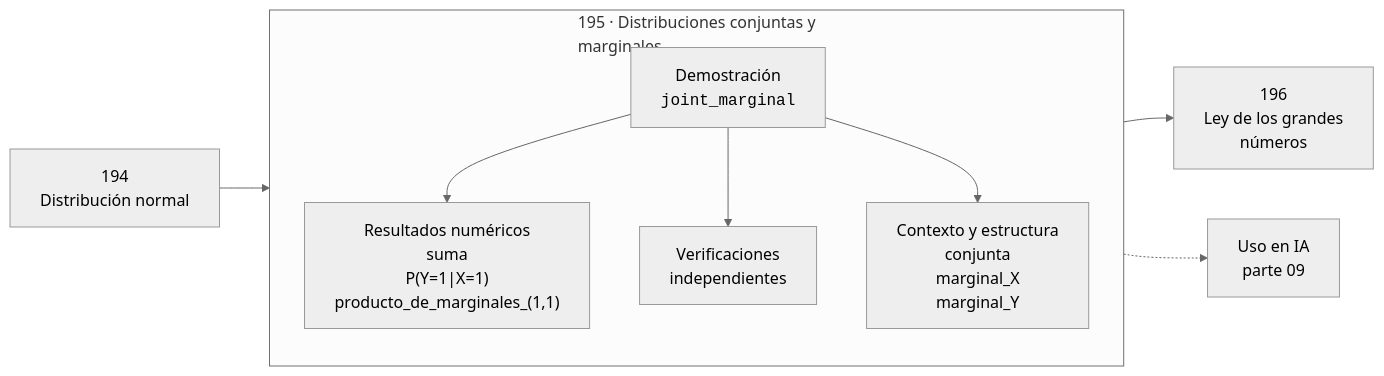
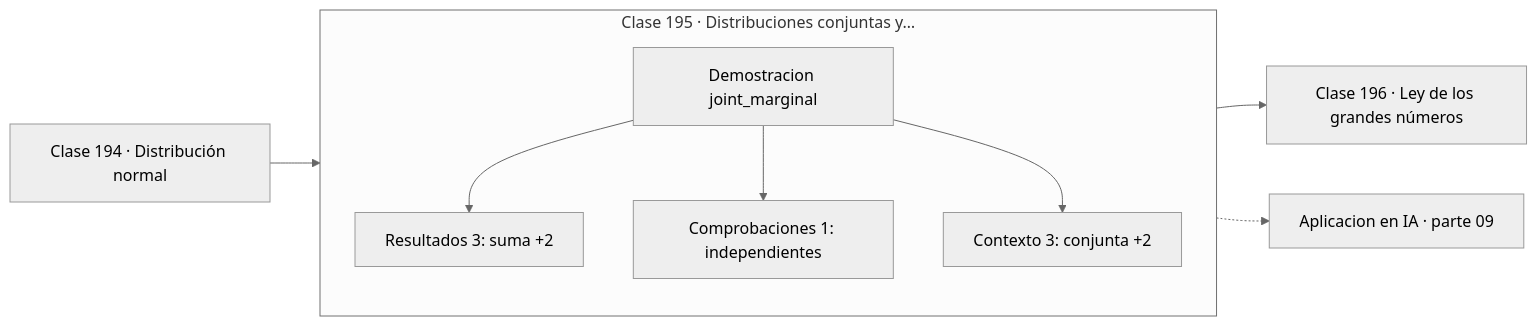
One commit to vladimiracunadev-create/computational-mathematics-program changed the diagram in classes/part-09-probabilidad-y-procesos-aleatorios/195-distribuciones-conjuntas-y-marginales/README.md. Above: the diagram before and after it, drawn with Mermaid (neutral theme). The commit also changed 389 other files, not shown here.

First line of the commit message:
fix(diagramas): elimina el HTML de las etiquetas Mermaid

````diff
--- a/classes/part-09-probabilidad-y-procesos-aleatorios/195-distribuciones-conjuntas-y-marginales/README.md
+++ b/classes/part-09-probabilidad-y-procesos-aleatorios/195-distribuciones-conjuntas-y-marginales/README.md
@@ -30,12 +30,13 @@
 ```mermaid
 flowchart LR
-    P["194<br/>Distribución normal"] --> C
-    subgraph C["195 · Distribuciones conjuntas y<br/>marginales"]
+    P["Clase 194 · Distribución normal"] --> D
+    subgraph CLASE["Clase 195 · Distribuciones conjuntas y…"]
         direction TB
-        D["Demostración<br/><code>joint_marginal</code>"] --> R["Resultados numéricos<br/>suma<br/>P(Y=1|X=1)<br/>producto_de_marginales_(1,1)"]
-        D --> V["Verificaciones<br/>independientes"]
-        D --> O["Contexto y estructura<br/>conjunta<br/>marginal_X<br/>marginal_Y"]
+        D["Demostracion joint_marginal"]
+        D --> R["Resultados 3: suma +2"]
+        D --> V["Comprobaciones 1: independientes"]
+        D --> O["Contexto 3: conjunta +2"]
     end
-    C --> N["196<br/>Ley de los grandes<br/>números"]
-    C -.-> IA["Uso en IA<br/>parte 09"]
+    R --> N["Clase 196 · Ley de los grandes números"]
+    V -.-> IA["Aplicacion en IA · parte 09"]
 ```
````
